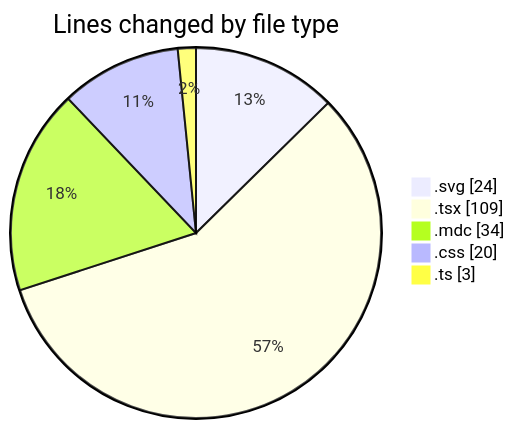
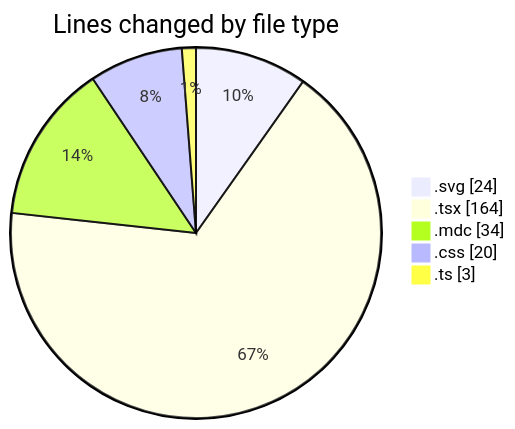
Before and after one commit to EIIisD/code-tracking: the first of 2 diagrams in 2025-07-18/ribbon/README.md, drawn with Mermaid. The commit also changed other lines of this file and 1 other file, not shown here.

````diff
--- a/2025-07-18/ribbon/README.md
+++ b/2025-07-18/ribbon/README.md
@@ -24,9 +25,9 @@
 ```mermaid
 pie showData
 title Lines changed by file type
 ".svg" : 24
-".tsx" : 109
+".tsx" : 164
 ".mdc" : 34
 ".css" : 20
 ".ts" : 3
 ```
````
